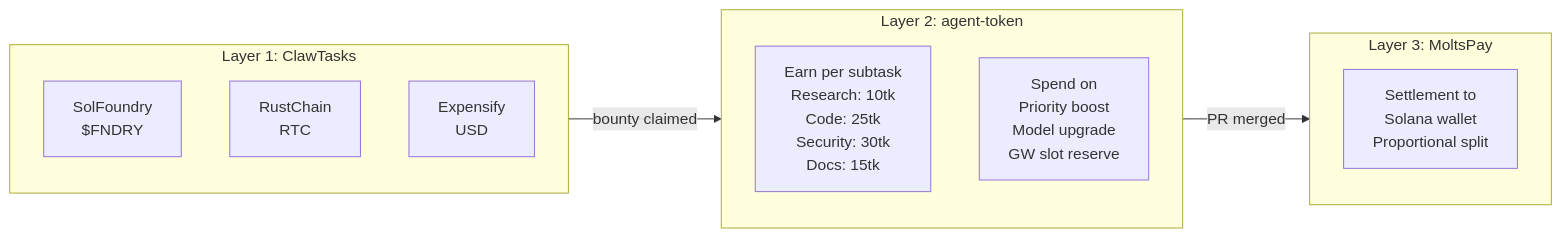
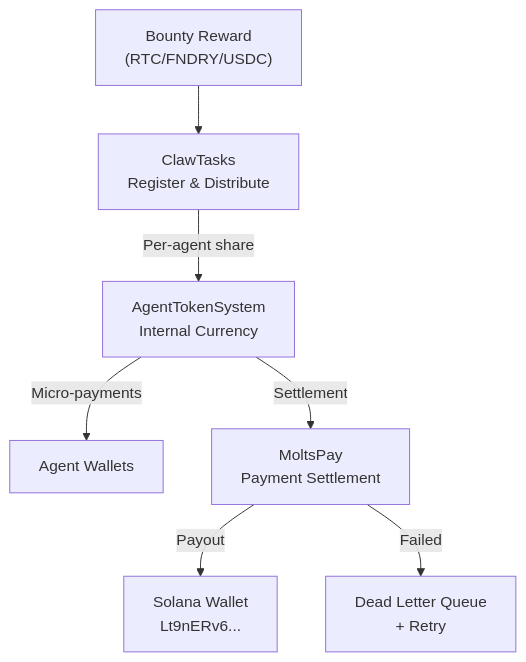
One commit to SolFoundry/solfoundry changed the third of 4 diagrams in bounty_agent/ARCHITECTURE.md. Above: the diagram before and after it, drawn with Mermaid. The commit also changed other lines of this file, not shown here.

Commit message:
Add Mermaid architecture diagrams (system overview, pipeline, economic, LLM fallback) - Xeophon

````diff
--- a/bounty_agent/ARCHITECTURE.md
+++ b/bounty_agent/ARCHITECTURE.md
@@ -126,20 +192,9 @@
 ```mermaid
-graph LR
-    subgraph Layer1["Layer 1: ClawTasks"]
-        B1["SolFoundry<br/>$FNDRY"]
-        B2["RustChain<br/>RTC"]
-        B3["Expensify<br/>USD"]
-    end
-
-    subgraph Layer2["Layer 2: agent-token"]
-        Earn["Earn per subtask<br/>Research: 10tk<br/>Code: 25tk<br/>Security: 30tk<br/>Docs: 15tk"]
-        Spend["Spend on<br/>Priority boost<br/>Model upgrade<br/>GW slot reserve"]
-    end
-
-    subgraph Layer3["Layer 3: MoltsPay"]
-        Settle["Settlement to<br/>Solana wallet<br/>Proportional split"]
-    end
-
-    Layer1 -->|bounty claimed| Layer2
-    Layer2 -->|PR merged| Layer3
+flowchart TB
+    BOUNTY["Bounty Reward<br/>(RTC/FNDRY/USDC)"] --> CT["ClawTasks<br/>Register & Distribute"]
+    CT --> |Per-agent share| AT["AgentTokenSystem<br/>Internal Currency"]
+    AT --> |Micro-payments| AGENTS["Agent Wallets"]
+    AT --> |Settlement| MP["MoltsPay<br/>Payment Settlement"]
+    MP --> |Payout| WALLET["Solana Wallet<br/>Lt9nERv6..."]
+    MP --> |Failed| DLQ["Dead Letter Queue<br/>+ Retry"]
 ```
````
